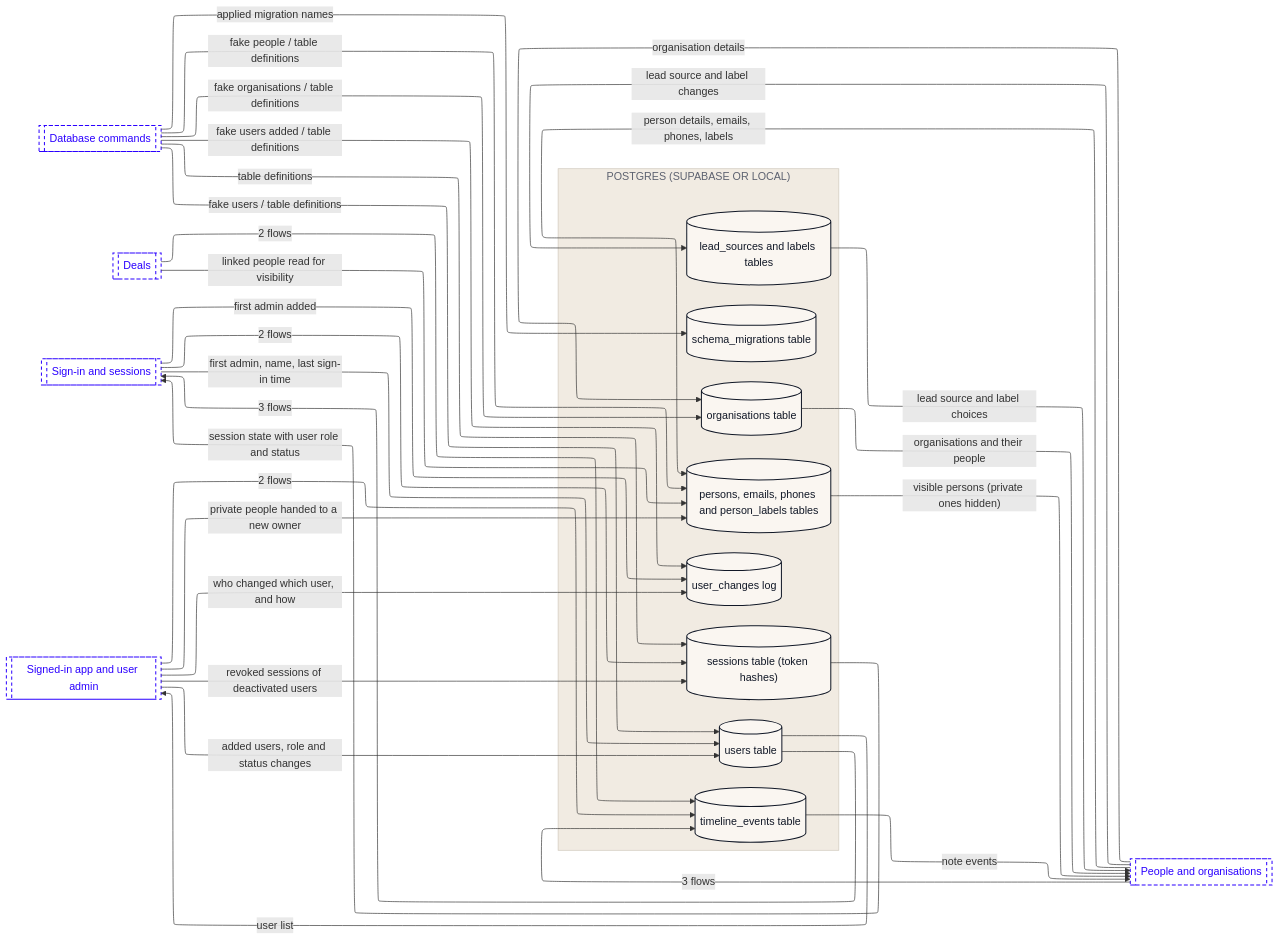
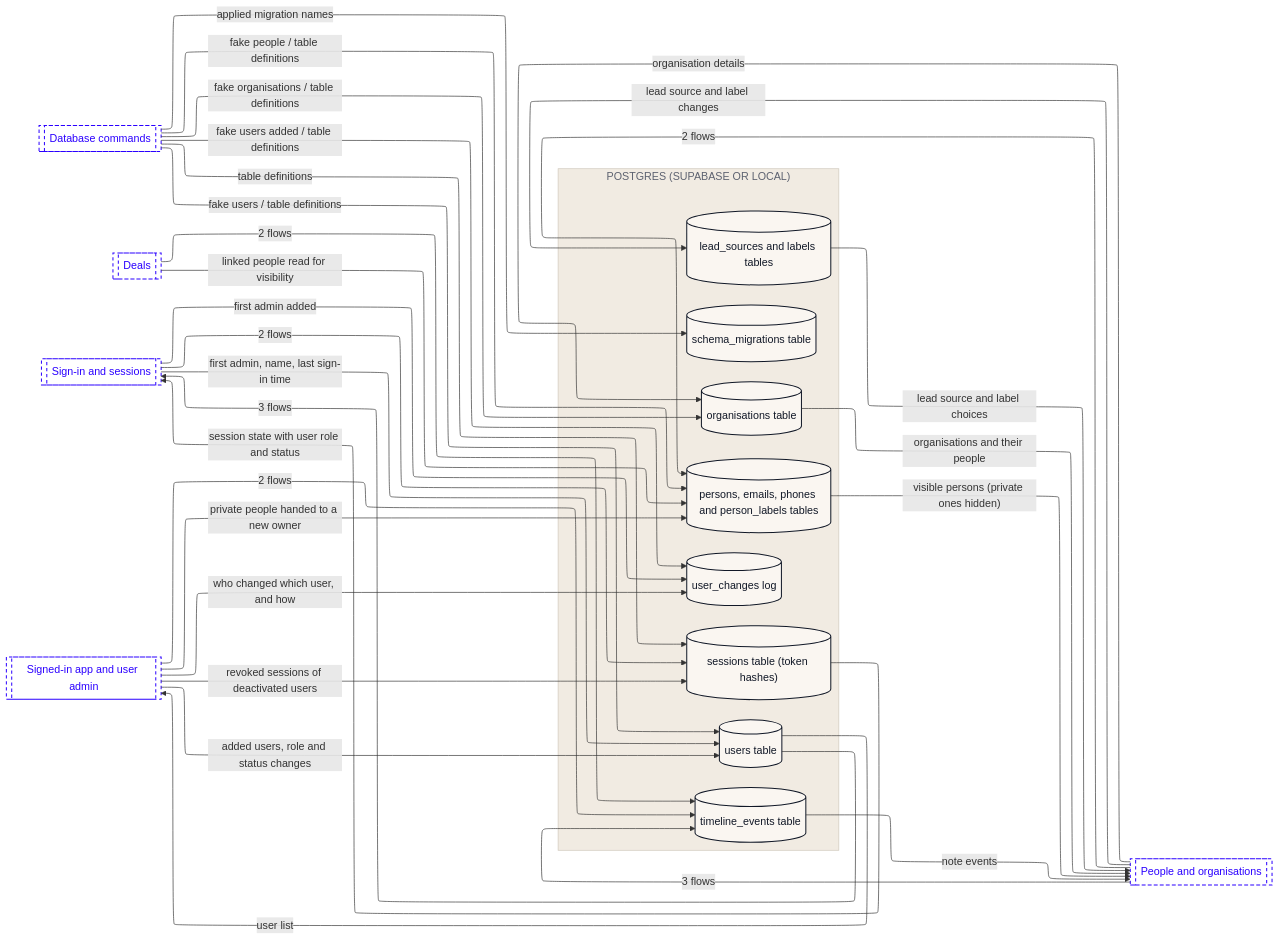
One commit to Romain-Perche/Barnacle-Pipe changed the third of 10 diagrams in dataflow/DATAFLOW.md. Above: the diagram before and after it, drawn with Mermaid. The commit also changed other lines of this file and 11 other files, not shown here.

````diff
--- a/dataflow/DATAFLOW.md
+++ b/dataflow/DATAFLOW.md
@@ -144,58 +144,58 @@
 ```mermaid
 ---
 config:
   layout: elk
 ---
 flowchart LR
     subgraph z1["POSTGRES (SUPABASE OR LOCAL)"]
         n1[("lead_sources and labels tables")]
         n2[("organisations table")]
         n3[("persons, emails, phones and person_labels tables")]
         n4[("schema_migrations table")]
         n5[("sessions table (token hashes)")]
         n6[("timeline_events table")]
         n7[("user_changes log")]
         n8[("users table")]
     end
     n9[["Database commands"]]
     n10[["Deals"]]
     n11[["People and organisations"]]
     n12[["Sign-in and sessions"]]
     n13[["Signed-in app and user admin"]]
+    n11 -->|"2 flows"| n3
     n11 -->|"lead source and label changes"| n1
     n1 -->|"lead source and label choices"| n11
     n12 -->|"2 flows"| n5
     n12 -->|"first admin added"| n7
     n12 -->|"first admin, name, last sign-in time"| n8
     n10 -->|"linked people read for visibility"| n3
     n10 -->|"2 flows"| n6
     n9 -->|"fake organisations / table definitions"| n2
     n9 -->|"fake people / table definitions"| n3
     n9 -->|"applied migration names"| n4
     n9 -->|"table definitions"| n5
     n9 -->|"fake users added / table definitions"| n7
     n9 -->|"fake users / table definitions"| n8
     n11 -->|"3 flows"| n6
     n11 -->|"organisation details"| n2
     n2 -->|"organisations and their people"| n11
-    n11 -->|"person details, emails, phones, labels"| n3
     n3 -->|"visible persons (private ones hidden)"| n11
     n5 -->|"session state with user role and status"| n12
     n6 -->|"note events"| n11
     n13 -->|"private people handed to a new owner"| n3
     n13 -->|"revoked sessions of deactivated users"| n5
     n13 -->|"2 flows"| n6
     n13 -->|"who changed which user, and how"| n7
     n13 -->|"added users, role and status changes"| n8
     n8 -->|"3 flows"| n12
     n8 -->|"user list"| n13
     classDef actor fill:#FFFFFF,stroke:#111827,stroke-width:1px,color:#111827
     classDef process fill:#EDEAFF,stroke:#2B00FF,stroke-width:1.5px,color:#111827
     classDef store fill:#FAF6F1,stroke:#111827,stroke-width:1.5px,color:#111827
     classDef zone fill:#1A1A1A,stroke:#1A1A1A,color:#FFFFFF
     classDef group fill:#2B00FF,stroke:#2B00FF,color:#FFFFFF
     classDef stub fill:#FFFFFF,stroke:#2B00FF,stroke-width:1.5px,stroke-dasharray:5 4,color:#2B00FF
     class n1,n2,n3,n4,n5,n6,n7,n8 store
     class n9,n10,n11,n12,n13 stub
     style z1 fill:#F1EBE2,stroke:#CFC7BB,color:#5D6270
 ```
````
